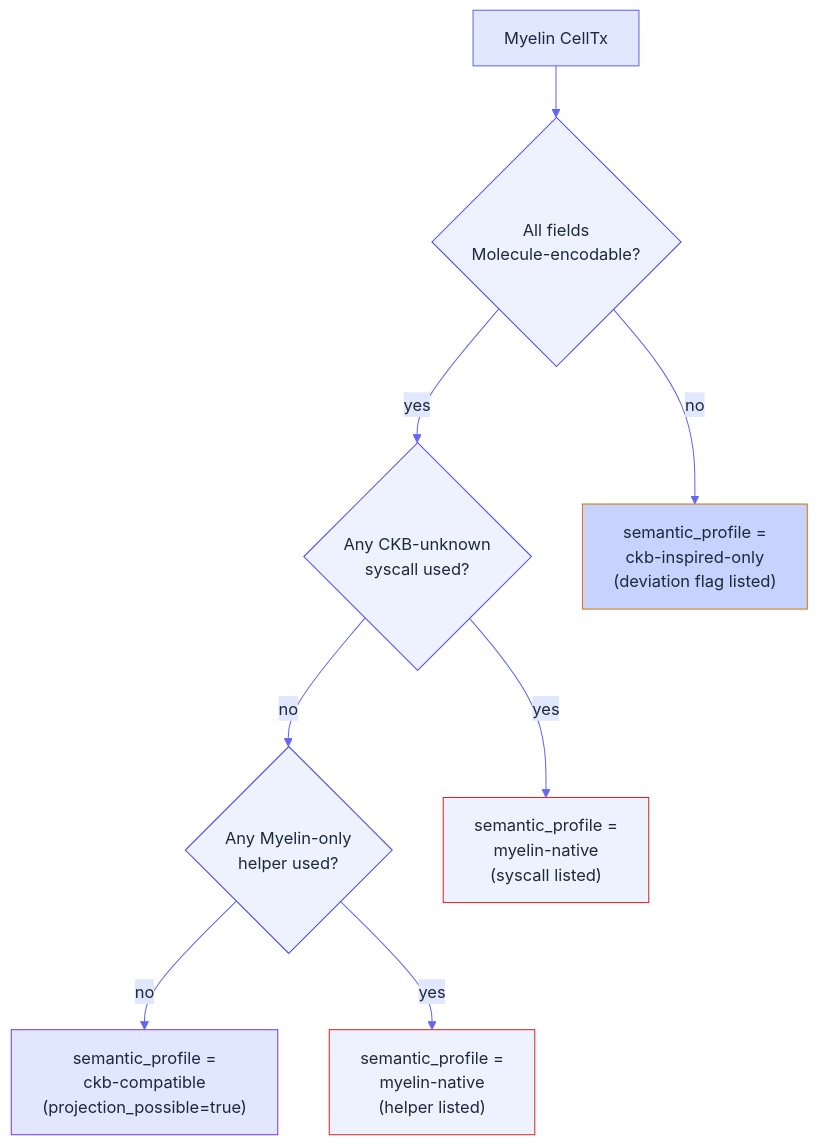
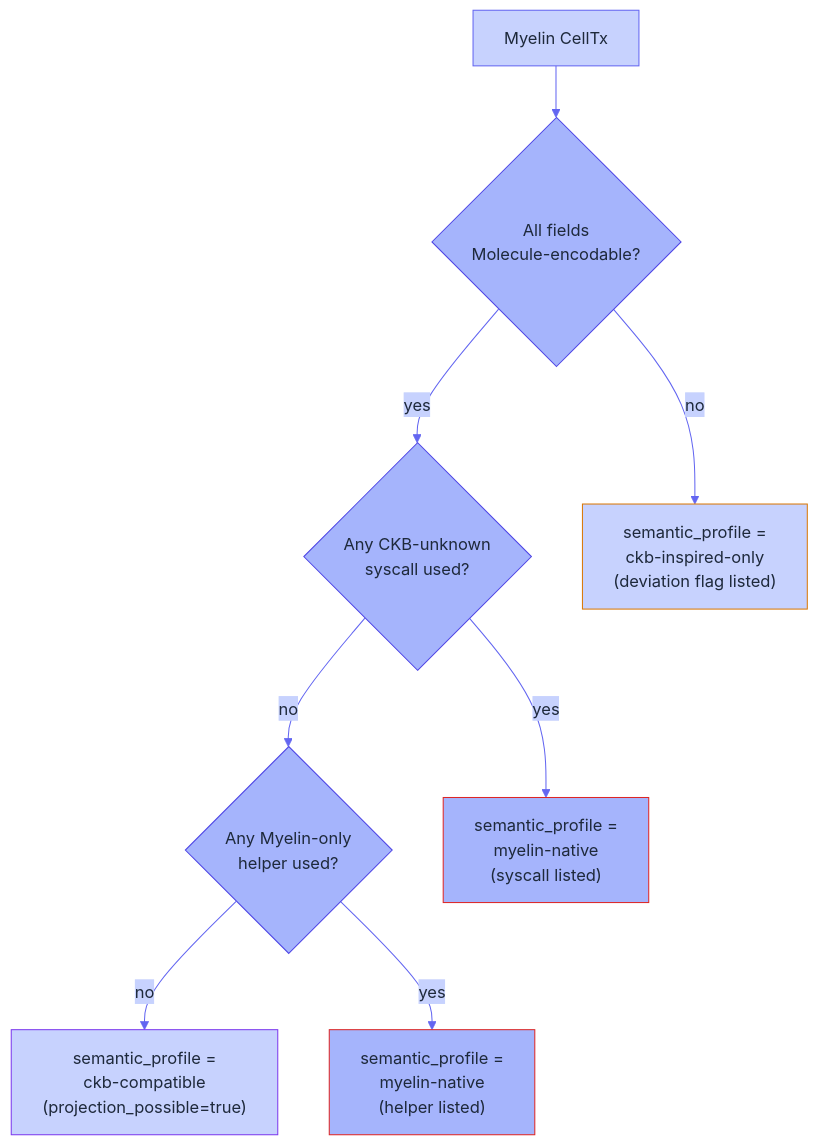
Before and after one commit to Myelin-Labs/Myelin: the diagram in docs/concepts/semantic-profiles.md, drawn with Mermaid. The commit also changed 31 other files, not shown here.

````diff
--- a/docs/concepts/semantic-profiles.md
+++ b/docs/concepts/semantic-profiles.md
@@ -69,28 +69,28 @@
 ```mermaid
 %%{init: {
   "theme": "base",
   "themeVariables": {
-    "primaryColor": "#EEF2FF",
+    "primaryColor": "#A5B4FC",
     "primaryTextColor": "#1E293B",
     "primaryBorderColor": "#4F46E5",
     "lineColor": "#6366F1",
-    "secondaryColor": "#E0E7FF",
+    "secondaryColor": "#C7D2FE",
     "tertiaryColor": "#C7D2FE"
   }
 }}%%
 flowchart TB
     A["Myelin CellTx"]:::m
     A --> B{"All fields<br/>Molecule-encodable?"}:::decide
     B -- yes --> C{"Any CKB-unknown<br/>syscall used?"}:::decide
     B -- no  --> H["semantic_profile =<br/>ckb-inspired-only<br/>(deviation flag listed)"]:::warn
     C -- no  --> D{"Any Myelin-only<br/>helper used?"}:::decide
     C -- yes --> H2["semantic_profile =<br/>myelin-native<br/>(syscall listed)"]:::warn2
     D -- no  --> E["semantic_profile =<br/>ckb-compatible<br/>(projection_possible=true)"]:::ok
     D -- yes --> H3["semantic_profile =<br/>myelin-native<br/>(helper listed)"]:::warn2
 
-    classDef m       fill:#E0E7FF,stroke:#6366F1,color:#1E293B;
-    classDef decide  fill:#EEF2FF,stroke:#4F46E5,color:#1E293B;
-    classDef ok      fill:#E0E7FF,stroke:#7C3AED,color:#1E293B;
+    classDef m       fill:#C7D2FE,stroke:#6366F1,color:#1E293B;
+    classDef decide  fill:#A5B4FC,stroke:#4F46E5,color:#1E293B;
+    classDef ok      fill:#C7D2FE,stroke:#7C3AED,color:#1E293B;
     classDef warn    fill:#C7D2FE,stroke:#D97706,color:#1E293B;
-    classDef warn2   fill:#EEF2FF,stroke:#DC2626,color:#1E293B;
+    classDef warn2   fill:#A5B4FC,stroke:#DC2626,color:#1E293B;
 ```
````
